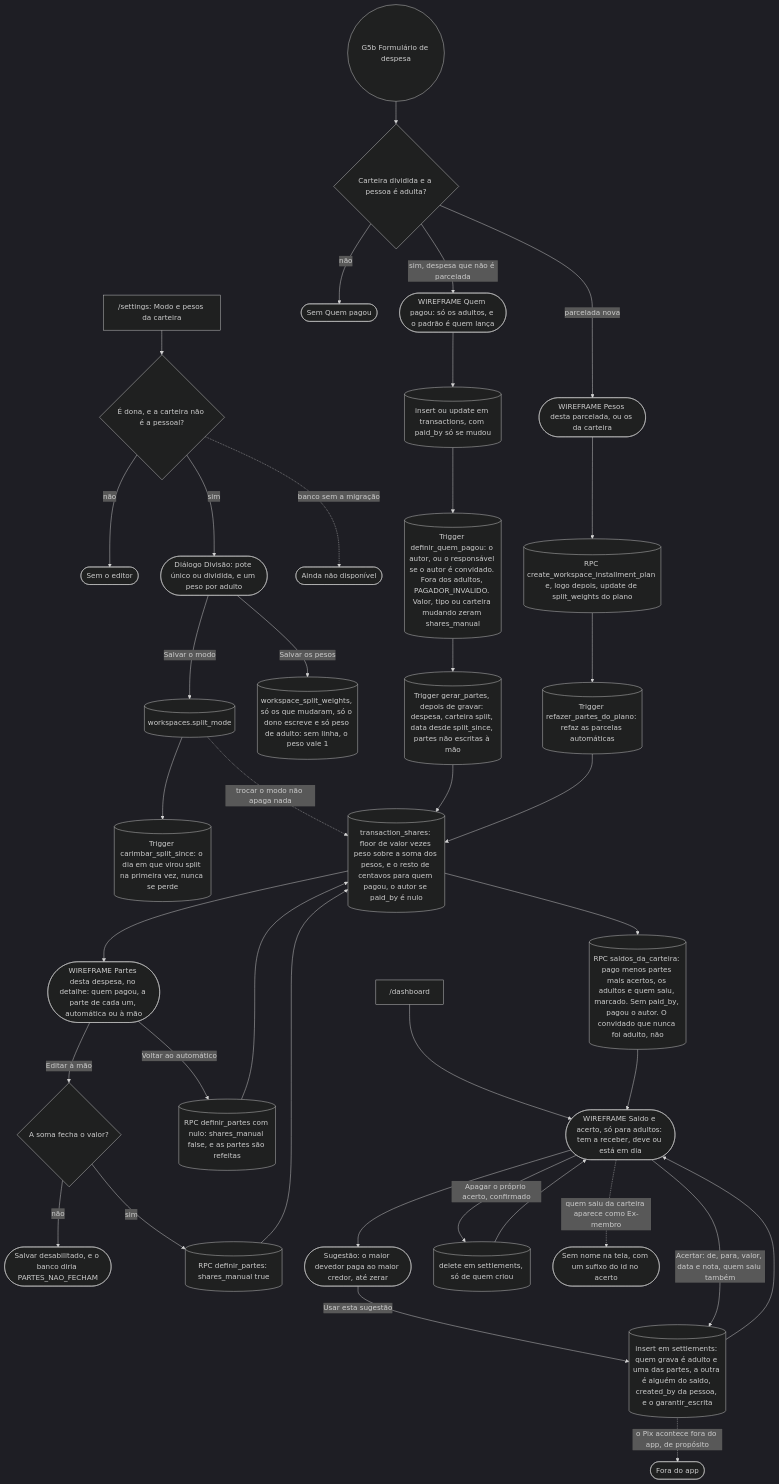
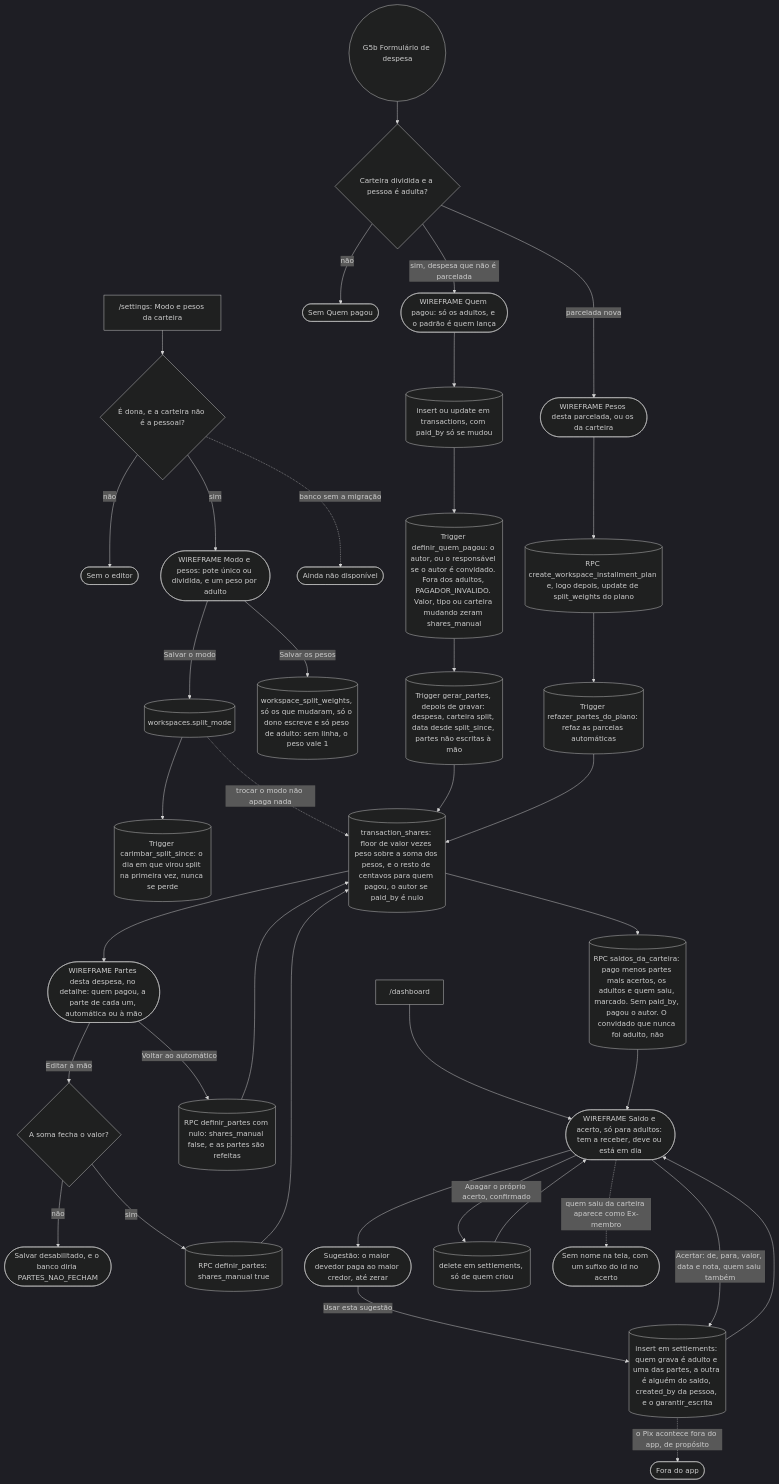
Diagram 29 of 31 in docs/JORNADAS.md (kauax2000/finance_app), drawn with Mermaid before and after one commit. The commit also changed other lines of this file and 49 other files, not shown here.

````diff
--- a/docs/JORNADAS.md
+++ b/docs/JORNADAS.md
@@ -1919,44 +1917,44 @@
 ```mermaid
 %%{init: {"theme": "dark"}}%%
 flowchart TD
     config["/settings: Modo e pesos da carteira"] --> dono{"É dona, e a carteira não é a pessoal?"}
     dono -->|"não"| semModo(["Sem o editor"])
-    dono -->|"sim"| modo(["Diálogo Divisão: pote único ou dividida, e um peso por adulto"])
+    dono -->|"sim"| modo(["WIREFRAME Modo e pesos: pote único ou dividida, e um peso por adulto"])
     modo -->|"Salvar o modo"| modoDb[("workspaces.split_mode")]
     modoDb --> since[("Trigger carimbar_split_since: o dia em que virou split na primeira vez, nunca se perde")]
     dono -.->|"banco sem a migração"| semMig(["Ainda não disponível"])
     modo -->|"Salvar os pesos"| pesosDb[("workspace_split_weights, só os que mudaram, só o dono escreve e só peso de adulto: sem linha, o peso vale 1")]
     modoDb -.->|"trocar o modo não apaga nada"| partesDb
 
     form(("G5b Formulário de despesa")) --> divide{"Carteira dividida e a pessoa é adulta?"}
     divide -->|"não"| semQuem(["Sem Quem pagou"])
     divide -->|"sim, despesa que não é parcelada"| quem(["WIREFRAME Quem pagou: só os adultos, e o padrão é quem lança"])
     quem --> salvar[("insert ou update em transactions, com paid_by só se mudou")]
     divide -->|"parcelada nova"| pesosPlano(["WIREFRAME Pesos desta parcelada, ou os da carteira"])
     pesosPlano --> plano[("RPC create_workspace_installment_plan e, logo depois, update de split_weights do plano")]
     plano --> planoTrg[("Trigger refazer_partes_do_plano: refaz as parcelas automáticas")]
     salvar --> pagoTrg[("Trigger definir_quem_pagou: o autor, ou o responsável se o autor é convidado. Fora dos adultos, PAGADOR_INVALIDO. Valor, tipo ou carteira mudando zeram shares_manual")]
     pagoTrg --> partesTrg[("Trigger gerar_partes, depois de gravar: despesa, carteira split, data desde split_since, partes não escritas à mão")]
     partesTrg --> partesDb[("transaction_shares: floor de valor vezes peso sobre a soma dos pesos, e o resto de centavos para quem pagou, o autor se paid_by é nulo")]
     planoTrg --> partesDb
 
     partesDb --> detalhe(["WIREFRAME Partes desta despesa, no detalhe: quem pagou, a parte de cada um, automática ou à mão"])
     detalhe -->|"Editar à mão"| soma{"A soma fecha o valor?"}
     soma -->|"não"| naoFecha(["Salvar desabilitado, e o banco diria PARTES_NAO_FECHAM"])
     soma -->|"sim"| definir[("RPC definir_partes: shares_manual true")]
     detalhe -->|"Voltar ao automático"| auto[("RPC definir_partes com nulo: shares_manual false, e as partes são refeitas")]
     definir --> partesDb
     auto --> partesDb
 
     painel["/dashboard"] --> saldo(["WIREFRAME Saldo e acerto, só para adultos: tem a receber, deve ou está em dia"])
     partesDb --> saldoRpc[("RPC saldos_da_carteira: pago menos partes mais acertos, os adultos e quem saiu, marcado. Sem paid_by, pagou o autor. O convidado que nunca foi adulto, não")]
     saldoRpc --> saldo
     saldo --> sugestao(["Sugestão: o maior devedor paga ao maior credor, até zerar"])
     sugestao -->|"Usar esta sugestão"| acertar
     saldo -->|"Acertar: de, para, valor, data e nota, quem saiu também"| acertar[("insert em settlements: quem grava é adulto e uma das partes, a outra é alguém do saldo, created_by da pessoa, e o garantir_escrita")]
     acertar --> saldo
     saldo -->|"Apagar o próprio acerto, confirmado"| apagar[("delete em settlements, só de quem criou")]
     apagar --> saldo
     acertar -.->|"o Pix acontece fora do app, de propósito"| fora(["Fora do app"])
     saldo -.->|"quem saiu da carteira aparece como Ex-membro"| exm(["Sem nome na tela, com um sufixo do id no acerto"])
 ```
````
